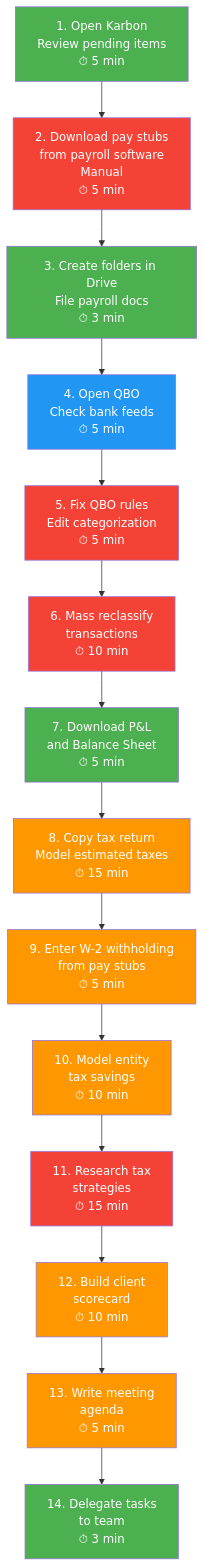
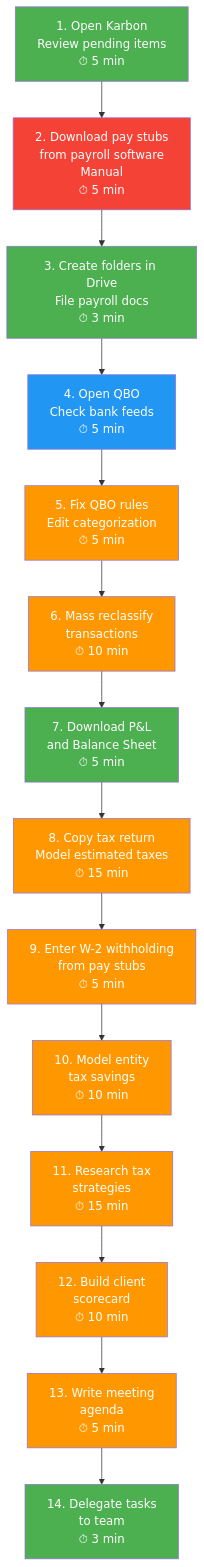
Before and after one commit to dkinvestments-art/n8n: the second of 23 diagrams in docs/quarterly-meeting-automation/05-Comprehensive-Workflow-Documentation.md, drawn with Mermaid. The commit also changed other lines of this file, not shown here.

````diff
--- a/docs/quarterly-meeting-automation/05-Comprehensive-Workflow-Documentation.md
+++ b/docs/quarterly-meeting-automation/05-Comprehensive-Workflow-Documentation.md
@@ -77,31 +77,31 @@
 ```mermaid
 flowchart TD
     S1[1. Open Karbon<br/>Review pending items<br/>⏱ 5 min] --> S2[2. Download pay stubs<br/>from payroll software<br/>Manual<br/>⏱ 5 min]
     S2 --> S3[3. Create folders in Drive<br/>File payroll docs<br/>⏱ 3 min]
     S3 --> S4[4. Open QBO<br/>Check bank feeds<br/>⏱ 5 min]
     S4 --> S5[5. Fix QBO rules<br/>Edit categorization<br/>⏱ 5 min]
     S5 --> S6[6. Mass reclassify<br/>transactions<br/>⏱ 10 min]
     S6 --> S7[7. Download P&L<br/>and Balance Sheet<br/>⏱ 5 min]
     S7 --> S8[8. Copy tax return<br/>Model estimated taxes<br/>⏱ 15 min]
     S8 --> S9[9. Enter W-2 withholding<br/>from pay stubs<br/>⏱ 5 min]
     S9 --> S10[10. Model entity<br/>tax savings<br/>⏱ 10 min]
     S10 --> S11[11. Research tax<br/>strategies<br/>⏱ 15 min]
     S11 --> S12[12. Build client<br/>scorecard<br/>⏱ 10 min]
     S12 --> S13[13. Write meeting<br/>agenda<br/>⏱ 5 min]
     S13 --> S14[14. Delegate tasks<br/>to team<br/>⏱ 3 min]
 
     style S1 fill:#4CAF50,color:#fff
     style S2 fill:#F44336,color:#fff
     style S3 fill:#4CAF50,color:#fff
     style S4 fill:#2196F3,color:#fff
-    style S5 fill:#F44336,color:#fff
-    style S6 fill:#F44336,color:#fff
+    style S5 fill:#FF9800,color:#fff
+    style S6 fill:#FF9800,color:#fff
     style S7 fill:#4CAF50,color:#fff
     style S8 fill:#FF9800,color:#fff
     style S9 fill:#FF9800,color:#fff
     style S10 fill:#FF9800,color:#fff
-    style S11 fill:#F44336,color:#fff
+    style S11 fill:#FF9800,color:#fff
     style S12 fill:#FF9800,color:#fff
     style S13 fill:#FF9800,color:#fff
     style S14 fill:#4CAF50,color:#fff
 ```
````
